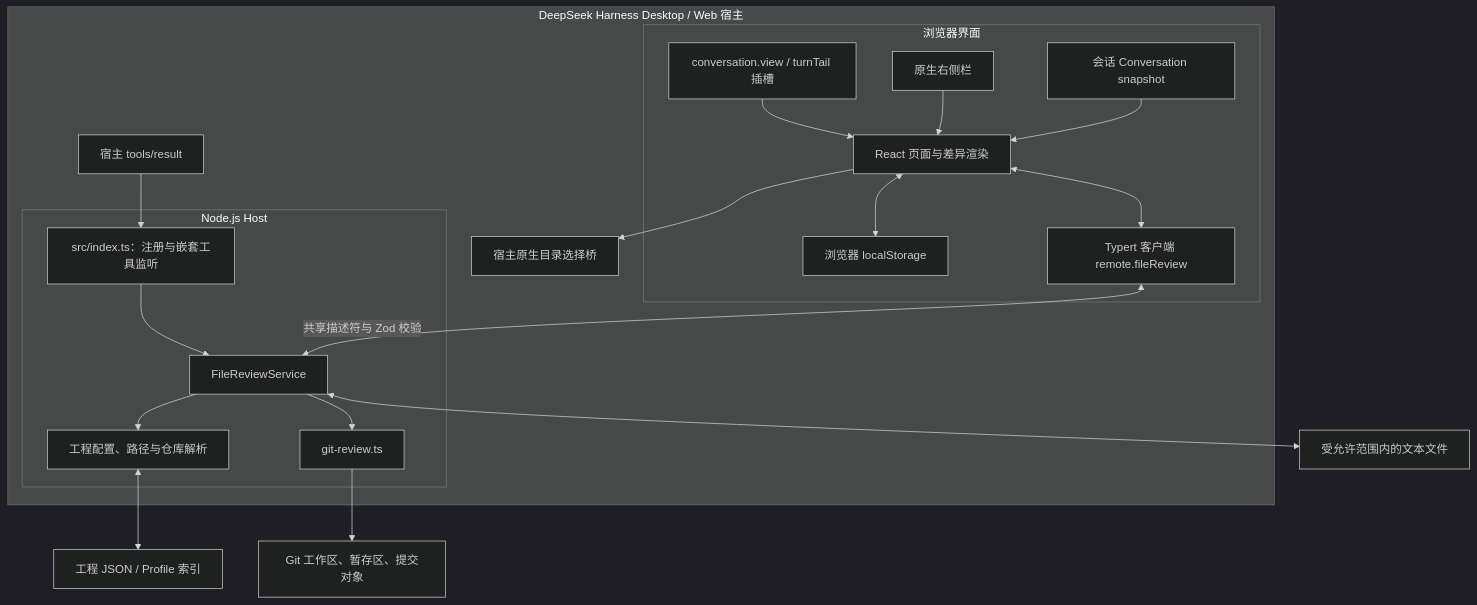
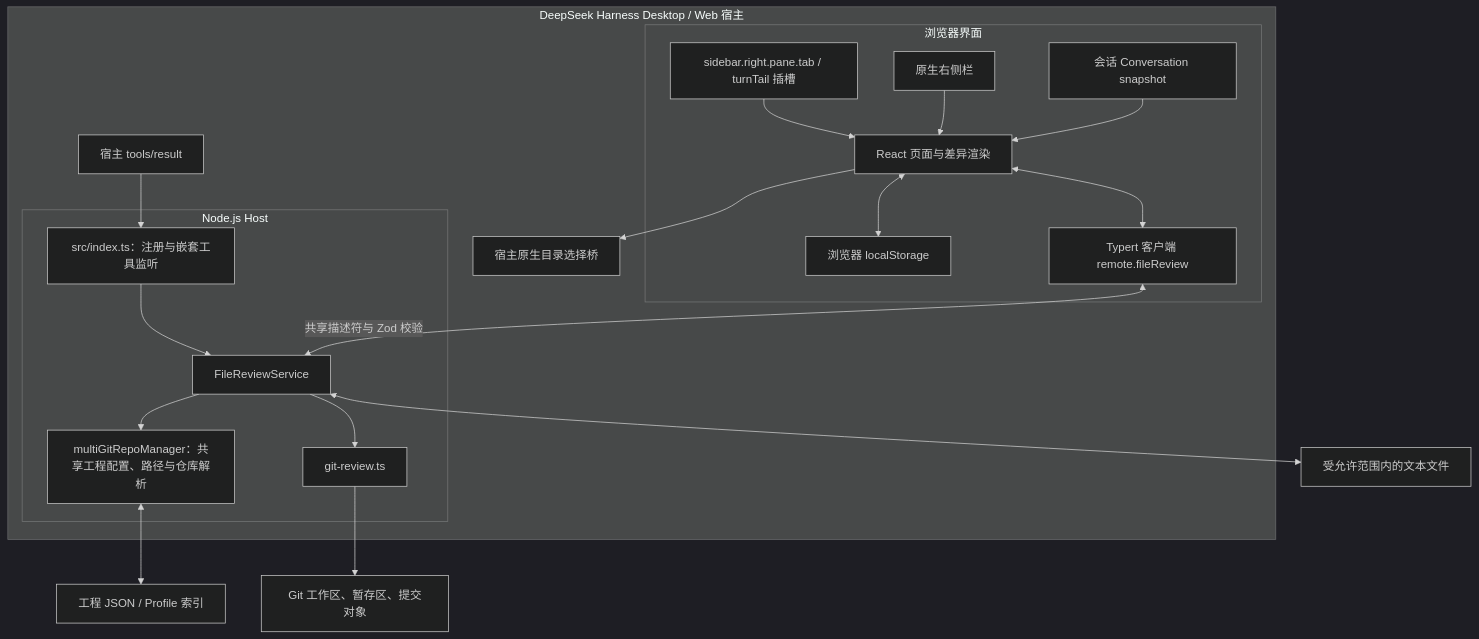
The first of 2 diagrams in docs/ARCHITECTURE.md (wuqingzhong2020/dsh-file-review-tab-Multi-git-repository), drawn with Mermaid (dark theme) before and after one commit. The commit also changed other lines of this file and 137 other files, not shown here.

```diff
--- a/docs/ARCHITECTURE.md
+++ b/docs/ARCHITECTURE.md
@@ -34,33 +38,33 @@
 ~~~mermaid
 flowchart TB
   subgraph Desktop["DeepSeek Harness Desktop / Web 宿主"]
     subgraph Browser["浏览器界面"]
-      Slots["conversation.view / turnTail 插槽"]
+      Slots["sidebar.right.pane.tab / turnTail 插槽"]
       Sidebar["原生右侧栏"]
       UI["React 页面与差异渲染"]
       Snapshot["会话 Conversation snapshot"]
       Local["浏览器 localStorage"]
       Remote["Typert 客户端 remote.fileReview"]
       Slots --> UI
       Sidebar --> UI
       Snapshot --> UI
       UI <--> Local
       UI <--> Remote
     end
     subgraph Host["Node.js Host"]
       Entry["src/index.ts：注册与嵌套工具监听"]
       Service["FileReviewService"]
-      Workspace["工程配置、路径与仓库解析"]
+      Workspace["multiGitRepoManager：共享工程配置、路径与仓库解析"]
       Git["git-review.ts"]
       Entry --> Service
       Service --> Workspace
       Service --> Git
     end
     Remote <-->|"共享描述符与 Zod 校验"| Service
     Tools["宿主 tools/result"] --> Entry
     UI --> Picker["宿主原生目录选择桥"]
   end
   Workspace <--> Config["工程 JSON / Profile 索引"]
   Service <--> Files["受允许范围内的文本文件"]
   Git --> GitRepos["Git 工作区、暂存区、提交对象"]
 ~~~
```
